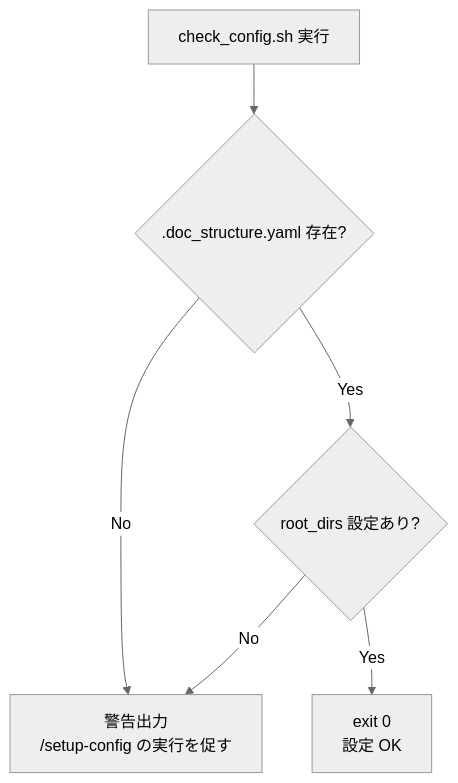
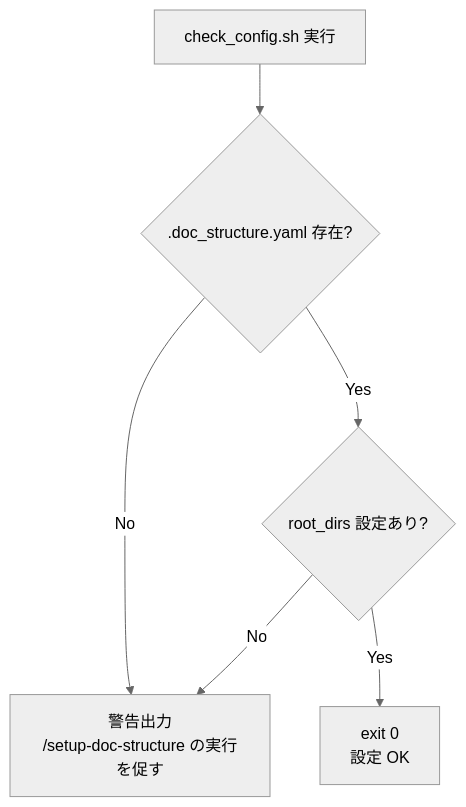
Before and after one commit to BlueEventHorizon/DocAdvisor-CC: the fifth of 10 diagrams in specs/design/DES-005_toc_generation_flow.md, drawn with Mermaid (neutral theme). The commit also changed other lines of this file and 19 other files, not shown here.

First line of the commit message:
refactor: rename /setup-config to /setup-doc-structure

````diff
--- a/specs/design/DES-005_toc_generation_flow.md
+++ b/specs/design/DES-005_toc_generation_flow.md
@@ -134,8 +134,8 @@
 ```mermaid
 flowchart TD
     A[check_config.sh 実行] --> B{".doc_structure.yaml 存在?"}
-    B -->|No| C[警告出力<br>/setup-config の実行を促す]
+    B -->|No| C[警告出力<br>/setup-doc-structure の実行を促す]
     B -->|Yes| D{root_dirs 設定あり?}
     D -->|Yes| E[exit 0<br>設定 OK]
     D -->|No| C
 ```
````
